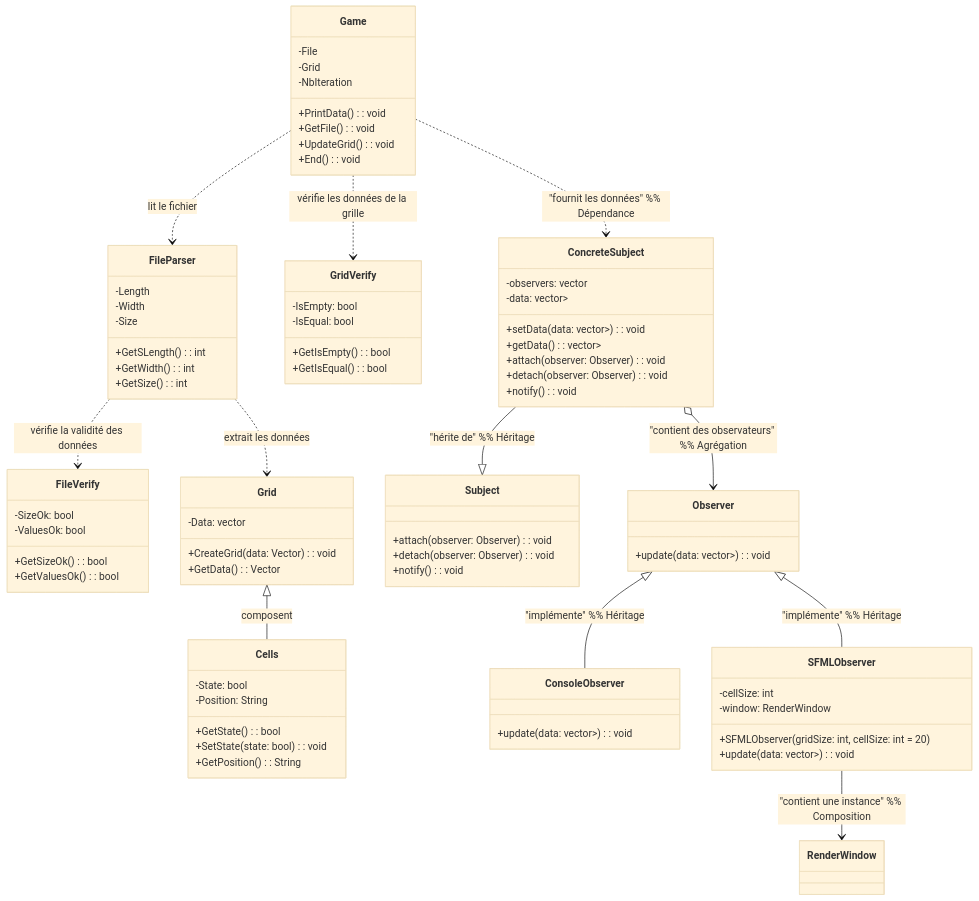
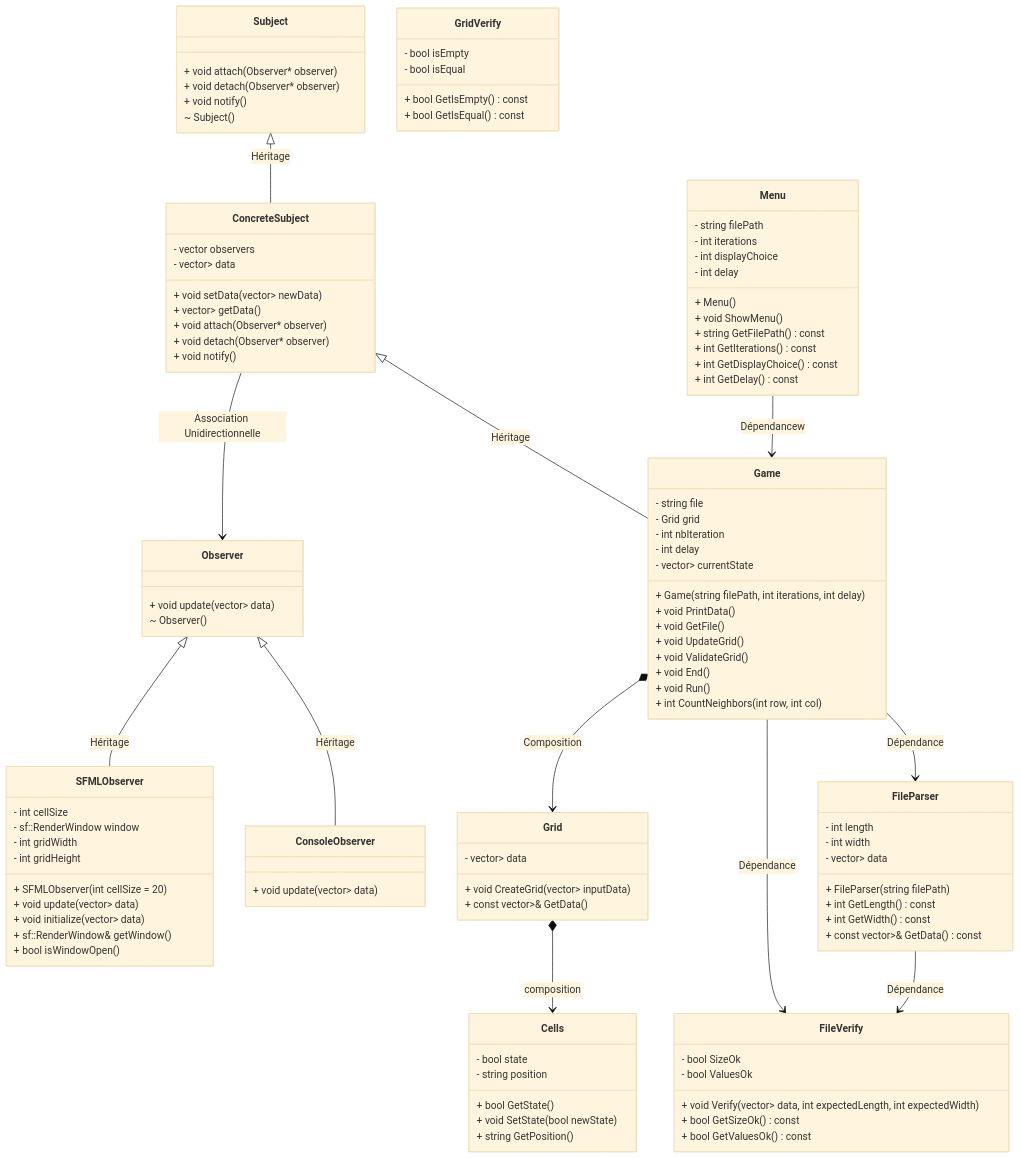
The diagram in Diagrams/ClassDiagram.mmd (Luis06000/game-of-life), drawn with Mermaid (base theme) before and after one commit.

Commit message:
Class Diagram

```diff
--- a/Diagrams/ClassDiagram.mmd
+++ b/Diagrams/ClassDiagram.mmd
@@ -1,91 +1,126 @@
 classDiagram
-    class Game {
-        -File
-        -Grid
-        -NbIteration
-        +PrintData(): void
-        +GetFile(): void
-        +UpdateGrid(): void
-        +End(): void
+direction TB
+
+    %% Core Classes
+    class Cells {
+        - bool state
+        - string position
+        + bool GetState()
+        + void SetState(bool newState)
+        + string GetPosition()
     }
 
+    class Grid {
+        - vector<vector<int>> data
+        + void CreateGrid(vector<vector<int>> inputData)
+        + const vector<vector<int>>& GetData()
+    }
+
+    class Game {
+        - string file
+        - Grid grid
+        - int nbIteration
+        - int delay
+        - vector<vector<int>> currentState
+        + Game(string filePath, int iterations, int delay)
+        + void PrintData()
+        + void GetFile()
+        + void UpdateGrid()
+        + void ValidateGrid()
+        + void End()
+        + void Run()
+        + int CountNeighbors(int row, int col)
+    }
+
+    %% Observer Pattern
+    class Observer {
+        + void update(vector<vector<int>> data)
+        ~ Observer()
+    }
+
+    class Subject {
+        + void attach(Observer* observer)
+        + void detach(Observer* observer)
+        + void notify()
+        ~ Subject()
+    }
+
+    class ConcreteSubject {
+        - vector<Observer*> observers
+        - vector<vector<int>> data
+        + void setData(vector<vector<int>> newData)
+        + vector<vector<int>> getData()
+        + void attach(Observer* observer)
+        + void detach(Observer* observer)
+        + void notify()
+    }
+
+    class ConsoleObserver {
+        + void update(vector<vector<int>> data)
+    }
+
+    class SFMLObserver {
+        - int cellSize
+        - sf::RenderWindow window
+        - int gridWidth
+        - int gridHeight
+        + SFMLObserver(int cellSize = 20)
+        + void update(vector<vector<int>> data)
+        + void initialize(vector<vector<int>> data)
+        + sf::RenderWindow& getWindow()
+        + bool isWindowOpen()
+    }
+
+    %% File Handling
     class FileParser {
-        -Length
-        -Width
-        -Size
-        +GetSLength(): int
-        +GetWidth(): int
-        +GetSize(): int
+        - int length
+        - int width
+        - vector<vector<int>> data
+        + FileParser(string filePath)
+        + int GetLength() const
+        + int GetWidth() const
+        + const vector<vector<int>>& GetData() const
     }
 
     class FileVerify {
-        -SizeOk: bool
-        -ValuesOk: bool
-        +GetSizeOk(): bool
-        +GetValuesOk(): bool
+        - bool SizeOk
+        - bool ValuesOk
+        + void Verify(vector<vector<int>> data, int expectedLength, int expectedWidth)
+        + bool GetSizeOk() const
+        + bool GetValuesOk() const
     }
 
-    class Grid {
-        -Data: vector
-        +CreateGrid(data: Vector): void
-        +GetData(): Vector
+    %% Grid Validation
+    class GridVerify {
+        - bool isEmpty
+        - bool isEqual
+        + bool GetIsEmpty() const
+        + bool GetIsEqual() const
     }
 
-    class Cells {
-        -State: bool
-        -Position: String
-        +GetState(): bool
-        +SetState(state: bool): void
-        +GetPosition(): String
+    %% Menu System
+    class Menu {
+        - string filePath
+        - int iterations
+        - int displayChoice
+        - int delay
+        + Menu()
+        + void ShowMenu()
+        + string GetFilePath() const
+        + int GetIterations() const
+        + int GetDisplayChoice() const
+        + int GetDelay() const
     }
 
-    class GridVerify {
-        -IsEmpty: bool
-        -IsEqual: bool
-        +GetIsEmpty(): bool
-        +GetIsEqual(): bool
-    }
-
-    class Subject {
-        +attach(observer: Observer): void
-        +detach(observer: Observer): void
-        +notify(): void
-    }
-
-    class ConcreteSubject {
-        -observers: vector<Observer>
-        -data: vector<vector<int>>
-        +setData(data: vector<vector<int>>): void
-        +getData(): vector<vector<int>>
-        +attach(observer: Observer): void
-        +detach(observer: Observer): void
-        +notify(): void
-    }
-
-    class Observer {
-        +update(data: vector<vector<int>>): void
-    }
-
-    class ConsoleObserver {
-        +update(data: vector<vector<int>>): void
-    }
-
-    class SFMLObserver {
-        -cellSize: int
-        -window: RenderWindow
-        +SFMLObserver(gridSize: int, cellSize: int = 20)
-        +update(data: vector<vector<int>>): void
-    }
-
-    %% Relations
-    Game ..> FileParser : lit le fichier
-    FileParser ..> Grid : extrait les données
-    FileParser ..> FileVerify : vérifie la validité des données
-    Grid <|-- Cells : composent
-    Game ..> GridVerify : vérifie les données de la grille
-    Game ..> ConcreteSubject : "fournit les données" %% Dépendance
-    ConcreteSubject --|> Subject : "hérite de" %% Héritage
-    ConcreteSubject o--> Observer : "contient des observateurs" %% Agrégation
-    Observer <|-- ConsoleObserver : "implémente" %% Héritage
-    Observer <|-- SFMLObserver : "implémente" %% Héritage
-    SFMLObserver--> RenderWindow : "contient une instance" %% Composition
+    %% Relationships with proper terms
+    Subject <|-- ConcreteSubject : Héritage
+    ConcreteSubject <|-- Game : Héritage
+    Observer <|-- ConsoleObserver : Héritage
+    Observer <|-- SFMLObserver : Héritage
+    ConcreteSubject --> Observer : Association Unidirectionnelle
+    FileParser --> FileVerify : Dépendance
+    Game --> FileParser : Dépendance
+    Game --> FileVerify : Dépendance
+    Game *--> Grid : Composition
+    Grid *--> Cells : composition
+    Menu --> Game : Dépendancew
```
